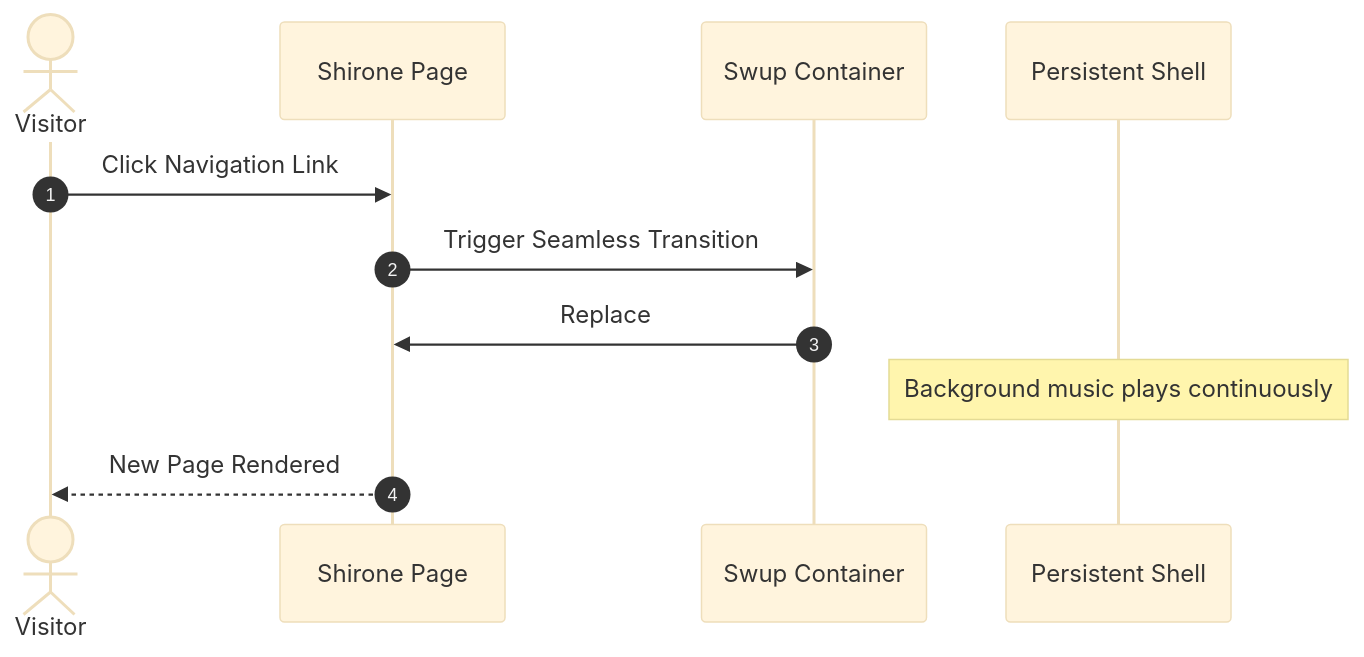
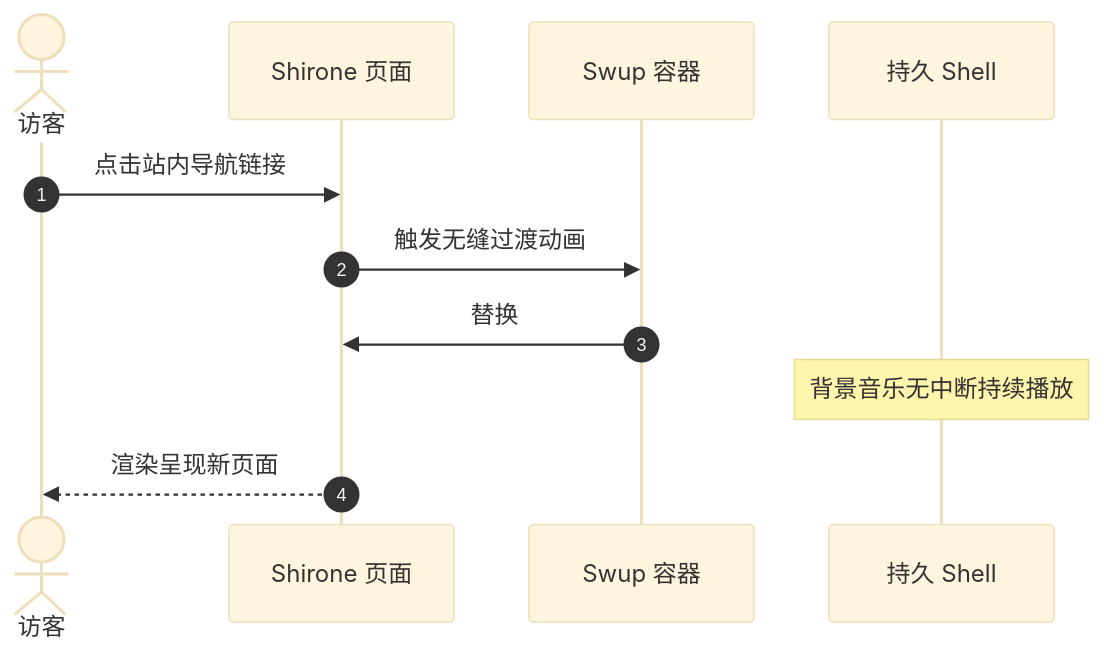
Before and after one commit to Dawn6666666/Shirone: the diagram in src/content/posts/guide/index.md, drawn with Mermaid (base theme). The commit also changed other lines of this file and 28 other files, not shown here.

````diff
--- a/src/content/posts/guide/index.md
+++ b/src/content/posts/guide/index.md
@@ -185,14 +186,14 @@
 ```mermaid
 sequenceDiagram
     autonumber
-    actor Visitor as Visitor
-    participant Page as Shirone Page
-    participant Swup as Swup Container
-    participant Audio as Persistent Shell
+    actor Visitor as 访客
+    participant Page as Shirone 页面
+    participant Swup as Swup 容器
+    participant Audio as 持久 Shell
 
-    Visitor->>Page: Click Navigation Link
-    Page->>Swup: Trigger Seamless Transition
-    Swup->>Page: Replace #swup-container
-    Note over Audio: Background music plays continuously
-    Page-->>Visitor: New Page Rendered
+    Visitor->>Page: 点击站内导航链接
+    Page->>Swup: 触发无缝过渡动画
+    Swup->>Page: 替换 #swup-container 内容
+    Note over Audio: 背景音乐无中断持续播放
+    Page-->>Visitor: 渲染呈现新页面
 ```
````
